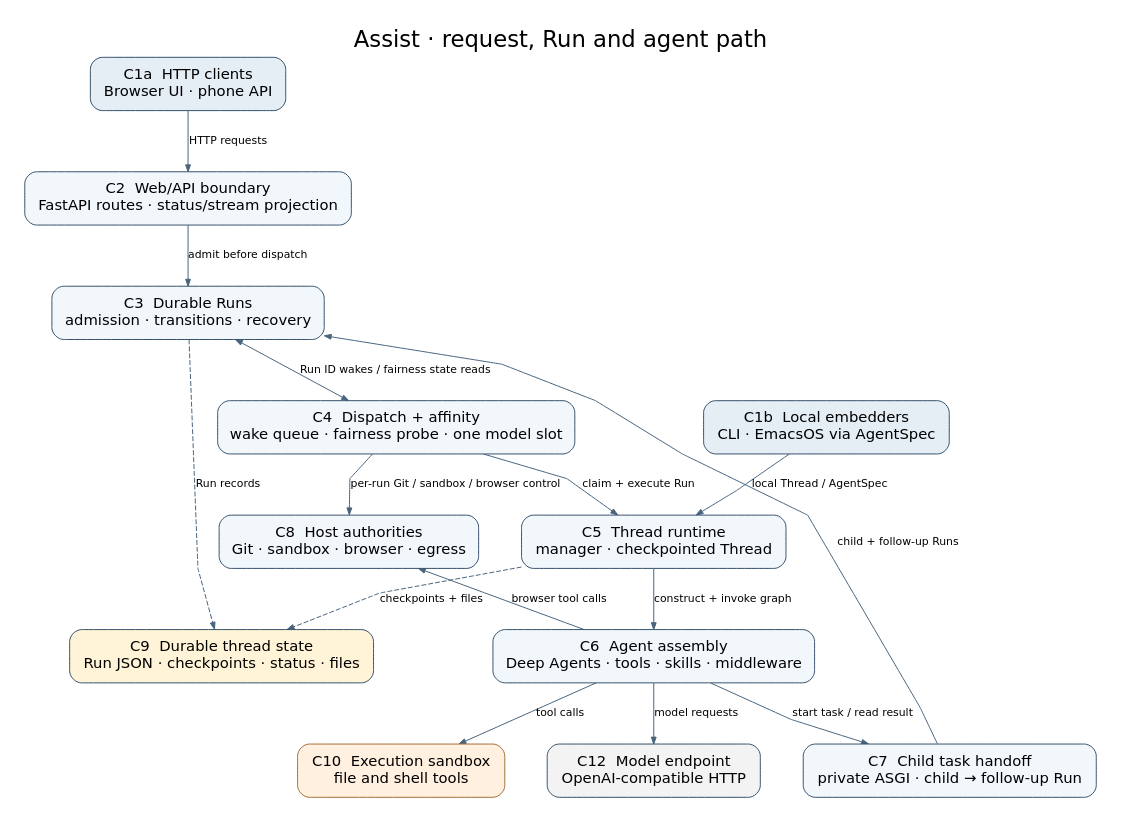
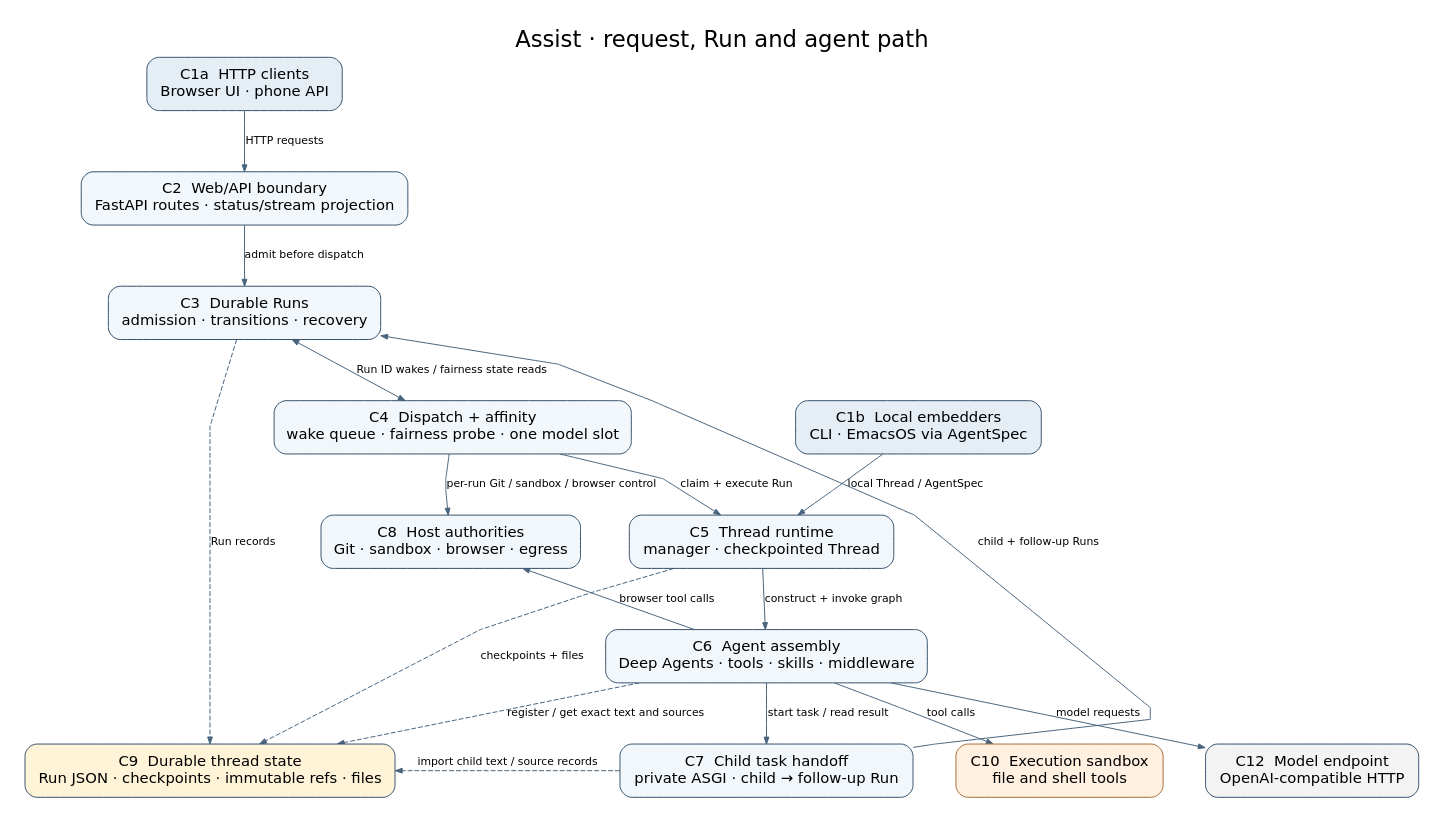
One commit to pierrel/assist changed the diagram in docs/architecture.dot. Above: the diagram before and after it, drawn with Graphviz. The commit also changed 5 other files, not shown here.

```diff
--- a/docs/architecture.dot
+++ b/docs/architecture.dot
@@ -1,44 +1,46 @@
 digraph Assist {
   graph [label="Assist · request, Run and agent path", labelloc=t,
          fontname="DejaVu Sans", fontsize=23, bgcolor="white",
          rankdir=TB, pad=0.25, nodesep=0.6, ranksep=0.68,
          splines=polyline, outputorder=edgesfirst];
   node [shape=box, style="rounded,filled", color="#34506a",
         fillcolor="#f2f7fc", fontname="DejaVu Sans", fontsize=15,
         margin="0.19,0.14"];
   edge [fontname="DejaVu Sans", fontsize=11, color="#49647d",
         arrowsize=0.7];
 
   C1a [label="C1a  HTTP clients\nBrowser UI · phone API",
        fillcolor="#e5edf5"];
   C1b [label="C1b  Local embedders\nCLI · EmacsOS via AgentSpec",
        fillcolor="#e5edf5"];
   C2 [label="C2  Web/API boundary\nFastAPI routes · status/stream projection"];
   C3 [label="C3  Durable Runs\nadmission · transitions · recovery"];
   C4 [label="C4  Dispatch + affinity\nwake queue · fairness probe · one model slot"];
   C5 [label="C5  Thread runtime\nmanager · checkpointed Thread"];
   C6 [label="C6  Agent assembly\nDeep Agents · tools · skills · middleware"];
   C7 [label="C7  Child task handoff\nprivate ASGI · child → follow-up Run"];
   C8 [label="C8  Host authorities\nGit · sandbox · browser · egress"];
-  C9 [label="C9  Durable thread state\nRun JSON · checkpoints · status · files",
+  C9 [label="C9  Durable thread state\nRun JSON · checkpoints · immutable refs · files",
       fillcolor="#fff4d7"];
   C10 [label="C10  Execution sandbox\nfile and shell tools", fillcolor="#fff0df",
        color="#a46b36"];
   C12 [label="C12  Model endpoint\nOpenAI-compatible HTTP",
        fillcolor="#f3f3f3"];
 
   C1a -> C2 [label="HTTP requests"];
   C2 -> C3 [label="admit before dispatch"];
   C3 -> C4 [label="Run ID wakes / fairness state reads", dir=both];
   C4 -> C5 [label="claim + execute Run"];
   C1b -> C5 [label="local Thread / AgentSpec"];
   C5 -> C6 [label="construct + invoke graph"];
   C6 -> C7 [label="start task / read result"];
   C7 -> C3 [label="child + follow-up Runs", constraint=false];
   C4 -> C8 [label="per-run Git / sandbox / browser control"];
   C6 -> C8 [label="browser tool calls", constraint=false];
   C3 -> C9 [label="Run records", style=dashed];
   C5 -> C9 [label="checkpoints + files", style=dashed];
+  C6 -> C9 [label="register / get exact text and sources", style=dashed];
+  C7 -> C9 [label="import child text / source records", style=dashed, constraint=false];
   C6 -> C10 [label="tool calls"];
   C6 -> C12 [label="model requests"];
 }
```
